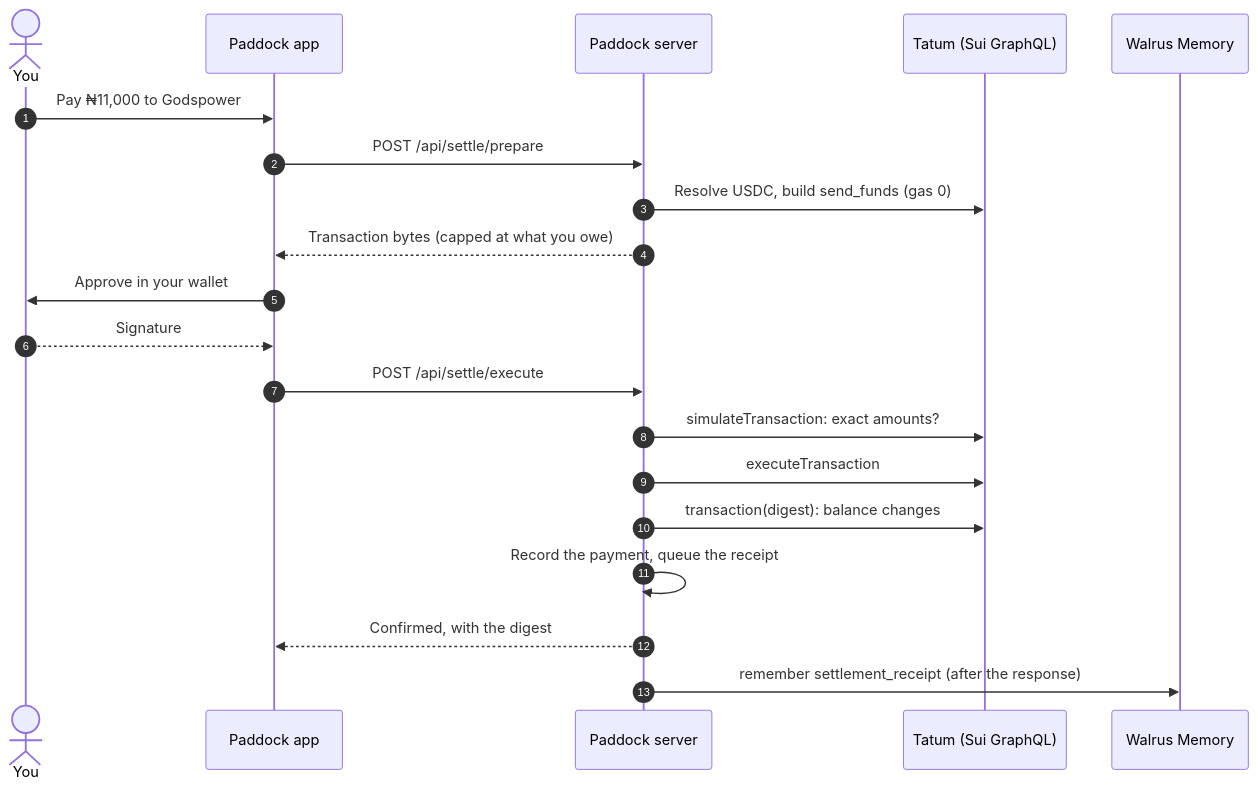
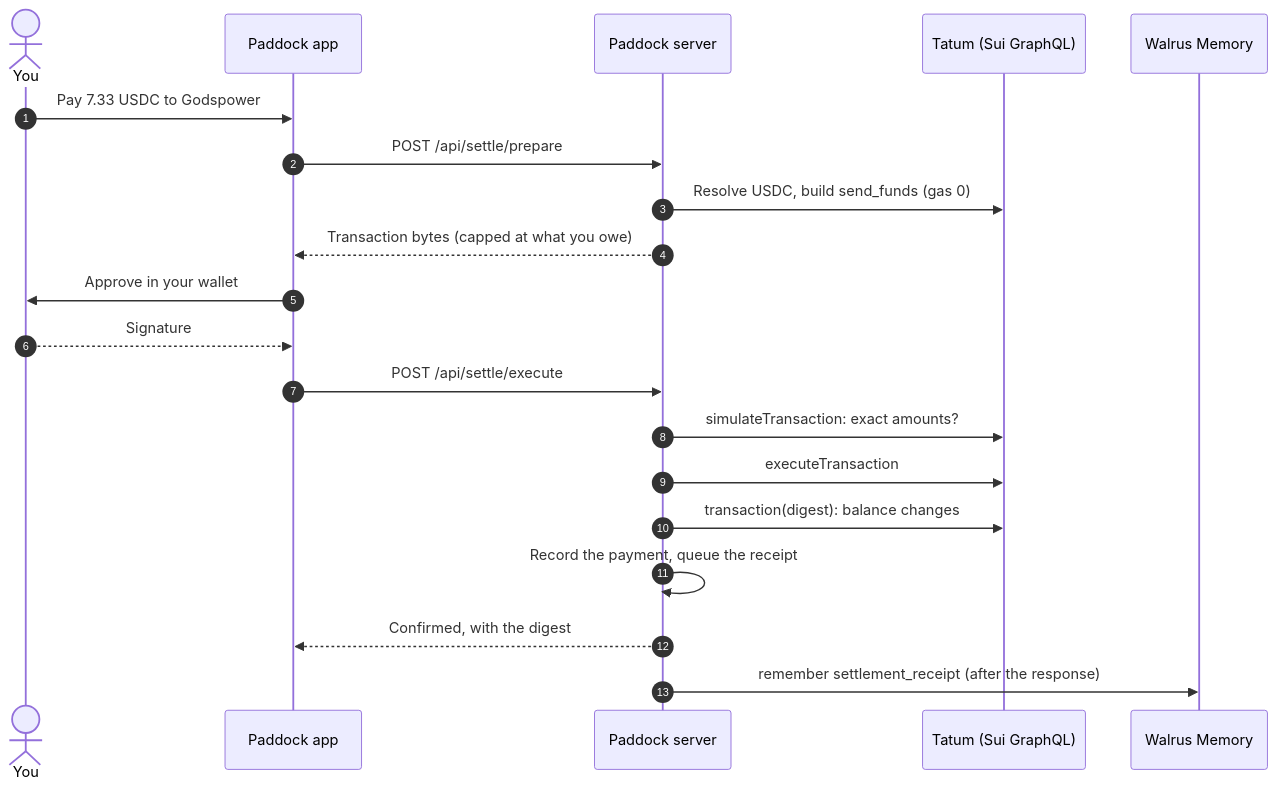
The third of 3 diagrams in README.md (0xGp/Paddock), drawn with Mermaid before and after one commit. The commit also changed other lines of this file and 58 other files, not shown here.

````diff
--- a/README.md
+++ b/README.md
@@ -194,22 +209,22 @@
 ```mermaid
 sequenceDiagram
   autonumber
   actor U as You
   participant App as Paddock app
   participant S as Paddock server
   participant T as Tatum (Sui GraphQL)
   participant W as Walrus Memory
-  U->>App: Pay ₦11,000 to Godspower
+  U->>App: Pay 7.33 USDC to Godspower
   App->>S: POST /api/settle/prepare
   S->>T: Resolve USDC, build send_funds (gas 0)
   S-->>App: Transaction bytes (capped at what you owe)
   App->>U: Approve in your wallet
   U-->>App: Signature
   App->>S: POST /api/settle/execute
   S->>T: simulateTransaction: exact amounts?
   S->>T: executeTransaction
   S->>T: transaction(digest): balance changes
   S->>S: Record the payment, queue the receipt
   S-->>App: Confirmed, with the digest
   S->>W: remember settlement_receipt (after the response)
 ```
````
